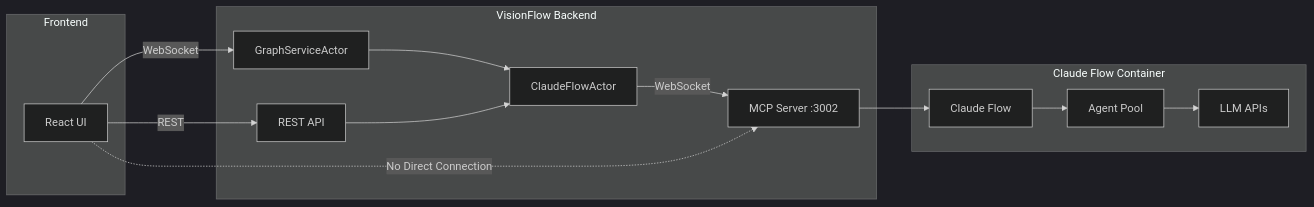
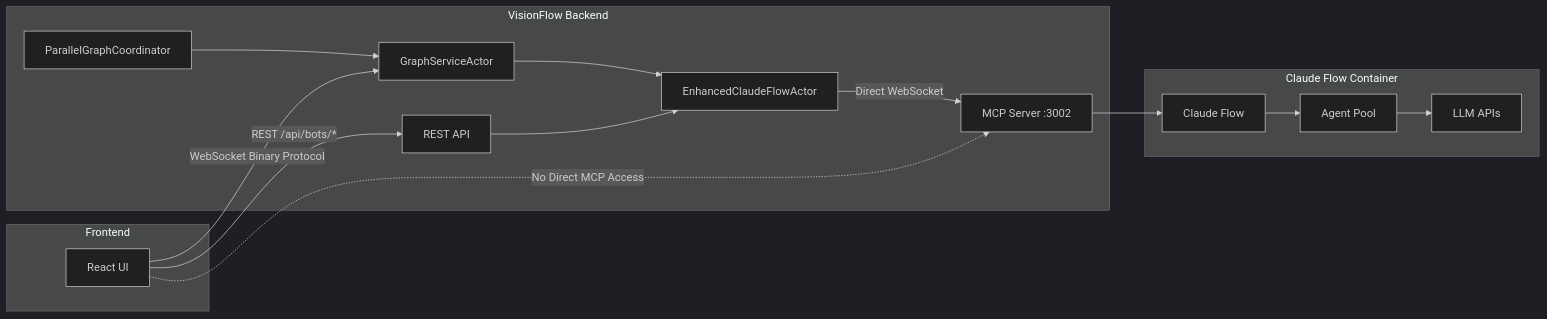
The first of 3 diagrams in docs/architecture/mcp-integration.md (DreamLab-AI/VisionFlow), drawn with Mermaid (dark theme) before and after one commit. The commit also changed other lines of this file and 22 other files, not shown here.

````diff
--- a/docs/architecture/mcp-integration.md
+++ b/docs/architecture/mcp-integration.md
@@ -15,20 +15,21 @@
 ```mermaid
 graph LR
     subgraph "VisionFlow Backend"
-        CFA[ClaudeFlowActor] -->|WebSocket| MCP
-        GSA[GraphServiceActor] --> CFA
-        API[REST API] --> CFA
+        ECFA[EnhancedClaudeFlowActor] -->|Direct WebSocket| MCP
+        GSA[GraphServiceActor] --> ECFA
+        API[REST API] --> ECFA
+        PGC[ParallelGraphCoordinator] --> GSA
     end
     
     subgraph "Claude Flow Container"
         MCP[MCP Server :3002] --> CF[Claude Flow]
         CF --> AGENTS[Agent Pool]
         AGENTS --> LLM[LLM APIs]
     end
     
     subgraph "Frontend"
-        UI[React UI] -->|REST| API
-        UI -->|WebSocket| GSA
-        UI -.->|No Direct Connection| MCP
+        UI[React UI] -->|REST /api/bots/*| API
+        UI -->|WebSocket Binary Protocol| GSA
+        UI -.->|No Direct MCP Access| MCP
     end
 ```
````
